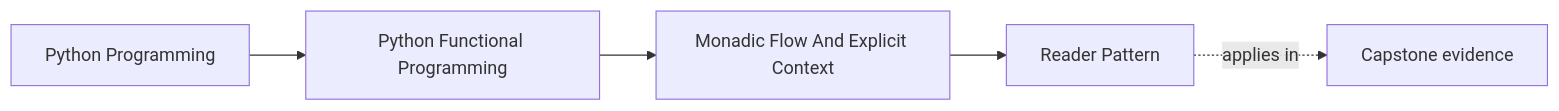
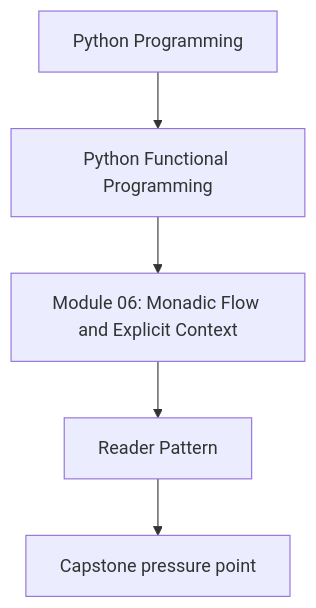
One commit to bijux/bijux-masterclass changed the first of 2 diagrams in programs/python-programming/python-functional-programming/course-book/module-06-monadic-flow-and-explicit-context/reader-pattern.md. Above: the diagram before and after it, drawn with Mermaid. The commit also changed other lines of this file and 118 other files, not shown here.

Commit message:
docs(python-functional-programming): align concept page diagrams

````diff
--- a/programs/python-programming/python-functional-programming/course-book/module-06-monadic-flow-and-explicit-context/reader-pattern.md
+++ b/programs/python-programming/python-functional-programming/course-book/module-06-monadic-flow-and-explicit-context/reader-pattern.md
@@ -7,11 +7,7 @@
 ```mermaid
-graph LR
-  family["Python Programming"]
-  program["Python Functional Programming"]
-  section["Monadic Flow And Explicit Context"]
-  page["Reader Pattern"]
-  capstone["Capstone evidence"]
-
-  family --> program --> section --> page
-  page -.applies in.-> capstone
+flowchart TD
+  family["Python Programming"] --> program["Python Functional Programming"]
+  program --> module["Module 06: Monadic Flow and Explicit Context"]
+  module --> concept["Reader Pattern"]
+  concept --> capstone["Capstone pressure point"]
 ```
````
